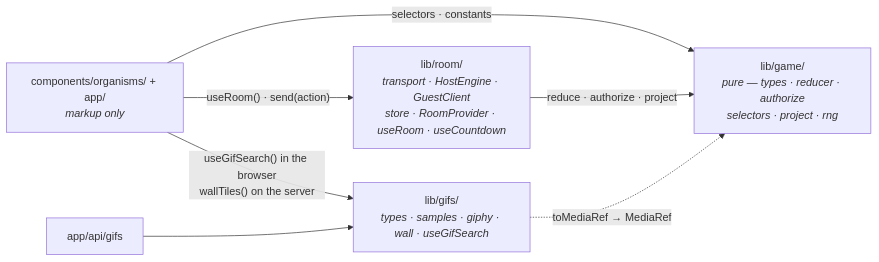
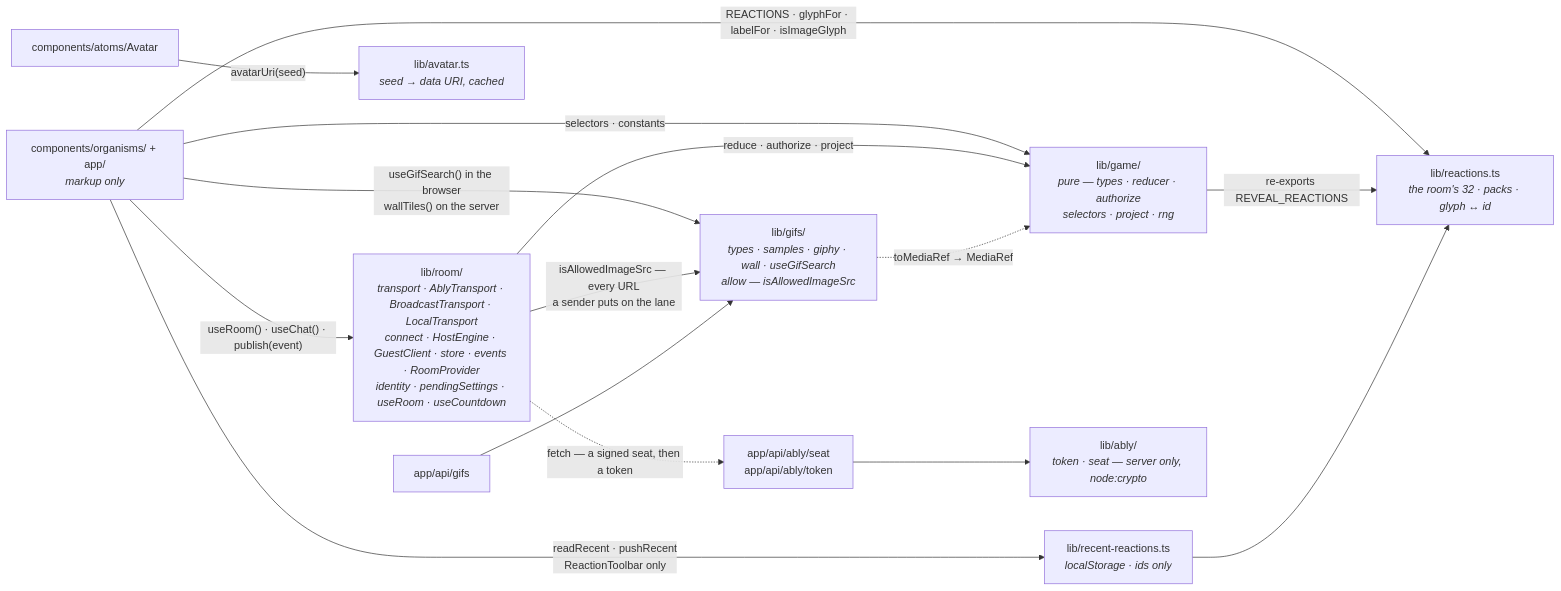
The second of 11 diagrams in docs/architecture.md (Jmeza081/captionist), drawn with Mermaid before and after one commit. The commit also changed other lines of this file and 3 other files, not shown here.

````diff
--- a/docs/architecture.md
+++ b/docs/architecture.md
@@ -179,14 +321,28 @@
 ```mermaid
 graph LR
   U["components/organisms/ + app/<br/><i>markup only</i>"]
-  R["lib/room/<br/><i>transport · HostEngine · GuestClient<br/>store · RoomProvider · useRoom · useCountdown</i>"]
+  R["lib/room/<br/><i>transport · AblyTransport · BroadcastTransport · LocalTransport<br/>connect · HostEngine · GuestClient · store · events · RoomProvider<br/>identity · pendingSettings · useRoom · useCountdown</i>"]
   G["lib/game/<br/><i>pure — types · reducer · authorize<br/>selectors · project · rng</i>"]
-  F["lib/gifs/<br/><i>types · samples · giphy · wall · useGifSearch</i>"]
+  F["lib/gifs/<br/><i>types · samples · giphy · wall · useGifSearch<br/>allow — isAllowedImageSrc</i>"]
+  AV["lib/avatar.ts<br/><i>seed → data URI, cached</i>"]
+  RX["lib/reactions.ts<br/><i>the room's 32 · packs · glyph ↔ id</i>"]
+  RC["lib/recent-reactions.ts<br/><i>localStorage · ids only</i>"]
+  AT["components/atoms/Avatar"]
   API["app/api/gifs"]
-  U -->|"useRoom() · send(action)"| R
+  TKR["app/api/ably/seat<br/>app/api/ably/token"]
+  ABL["lib/ably/<br/><i>token · seat — server only, node:crypto</i>"]
+  U -->|"useRoom() · useChat() · publish(event)"| R
+  U -->|"REACTIONS · glyphFor · labelFor · isImageGlyph"| RX
+  U -->|"readRecent · pushRecent<br/>ReactionToolbar only"| RC
   U -->|"useGifSearch() in the browser<br/>wallTiles() on the server"| F
   U -->|"selectors · constants"| G
+  AT -->|"avatarUri(seed)"| AV
   R -->|"reduce · authorize · project"| G
+  R -->|"isAllowedImageSrc — every URL<br/>a sender puts on the lane"| F
+  G -->|"re-exports REVEAL_REACTIONS"| RX
+  RC --> RX
+  R -.->|"fetch — a signed seat, then a token"| TKR
   API --> F
+  TKR --> ABL
   F -.->|"toMediaRef → MediaRef"| G
 ```
````
